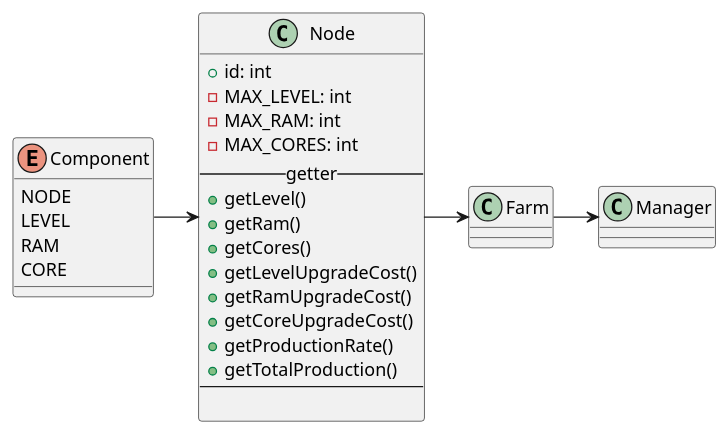
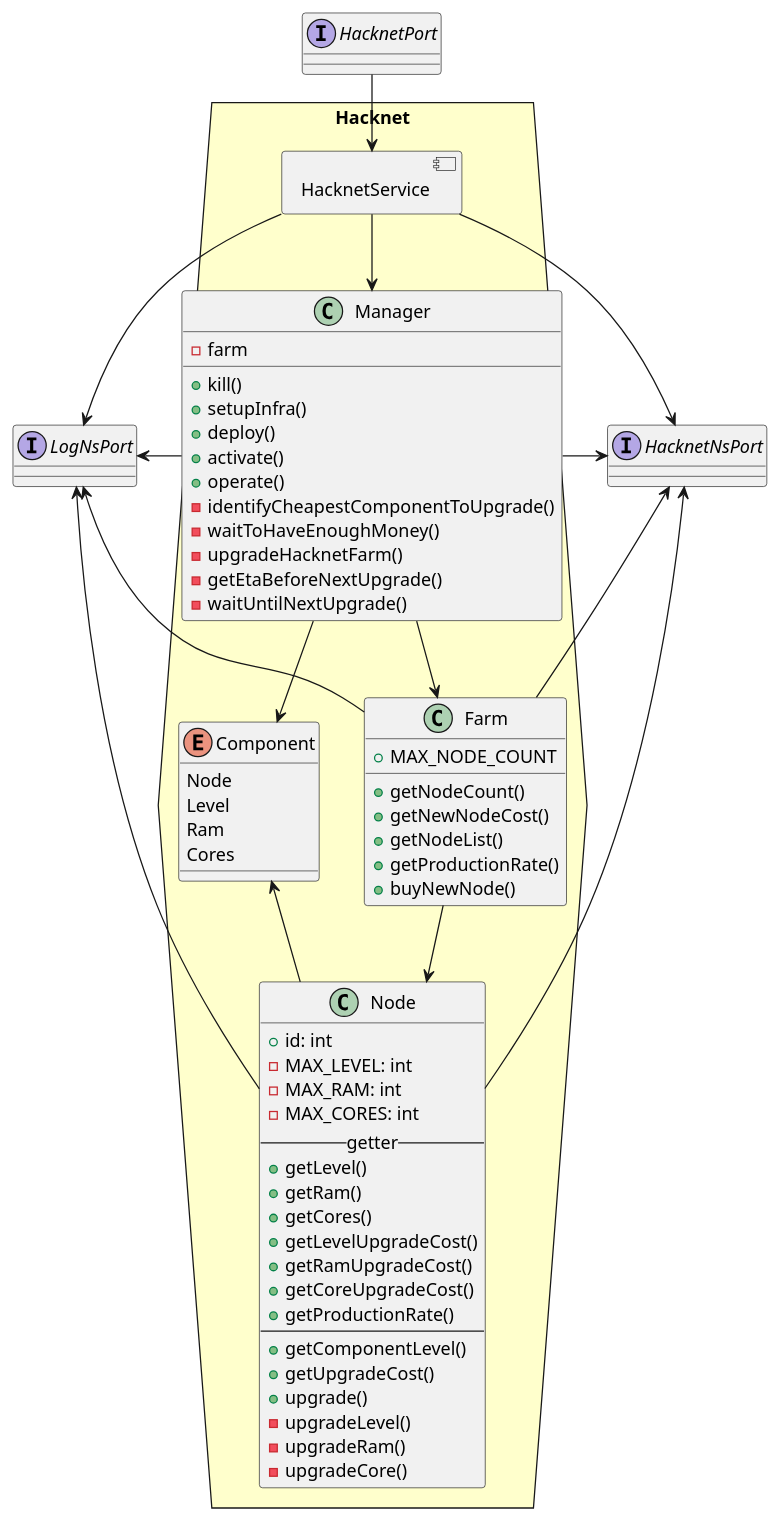
The diagram in doc/hacknet-class-diagram.puml (Desvart/bitburner), drawn with PlantUML before and after one commit. The commit also changed 1 other file, not shown here.

Commit message:
* update class diagram based on hexa archi.

```diff
--- a/doc/hacknet-class-diagram.puml
+++ b/doc/hacknet-class-diagram.puml
@@ -1,38 +1,85 @@
 @startuml
 
-class Manager {
+interface HacknetPort
+interface HacknetNsPort
+interface LogNsPort
+
+hexagon Hacknet #Business {
+
+    component HacknetService {
+    }
+
+    class Manager {
+        -farm
+        +kill()
+        +setupInfra()
+        +deploy()
+        +activate()
+        +operate()
+        -identifyCheapestComponentToUpgrade()
+        -waitToHaveEnoughMoney()
+        -upgradeHacknetFarm()
+        -getEtaBeforeNextUpgrade()
+        -waitUntilNextUpgrade()
+    }
+
+    class Farm {
+        +MAX_NODE_COUNT
+        +getNodeCount()
+        +getNewNodeCost()
+        +getNodeList()
+        +getProductionRate()
+        +buyNewNode()
+    }
+
+    class Node {
+        +id: int
+        -MAX_LEVEL: int
+        -MAX_RAM: int
+        -MAX_CORES: int
+        --getter--
+        +getLevel()
+        +getRam()
+        +getCores()
+        +getLevelUpgradeCost()
+        +getRamUpgradeCost()
+        +getCoreUpgradeCost()
+        +getProductionRate()
+        --
+        +getComponentLevel()
+        +getUpgradeCost()
+        +upgrade()
+        -upgradeLevel()
+        -upgradeRam()
+        -upgradeCore()
+    }
+
+    enum Component {
+        Node
+        Level
+        Ram
+        Cores
+    }
 }
 
-class Farm {
-}
+' Driven by
+    HacknetPort --> HacknetService
 
-class Node {
-    +id: int
-    -MAX_LEVEL: int
-    -MAX_RAM: int
-    -MAX_CORES: int
-    --getter--
-    +getLevel()
-    +getRam()
-    +getCores()
-    +getLevelUpgradeCost()
-    +getRamUpgradeCost()
-    +getCoreUpgradeCost()
-    +getProductionRate()
-    +getTotalProduction()
-    --
+' Hexagon
+    HacknetService --> Manager
+    Manager -d-> Farm
+    Manager --> Component
+    Farm --> Node
+    Node -u-> Component
 
-}
-
-enum Component {
-    NODE
-    LEVEL
-    RAM
-    CORE
-}
-
-Component -> Node
-Node -> Farm
-Farm -> Manager
+' Driver
+    HacknetService --> HacknetNsPort
+    HacknetService --> LogNsPort
+    Manager -r-> HacknetNsPort
+    Manager -l-> LogNsPort
+    Farm -u-> HacknetNsPort
+    Farm -u-> LogNsPort
+    Node -u-> HacknetNsPort
+    Node -u-> LogNsPort
 
 @enduml
```
